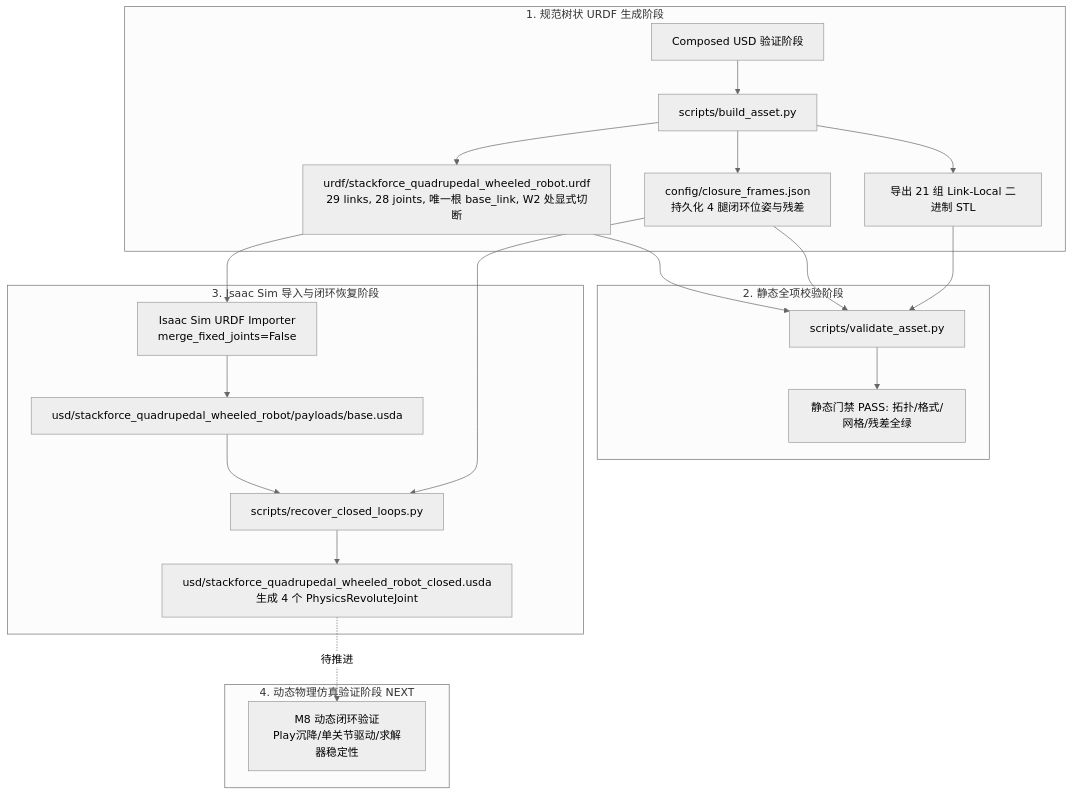
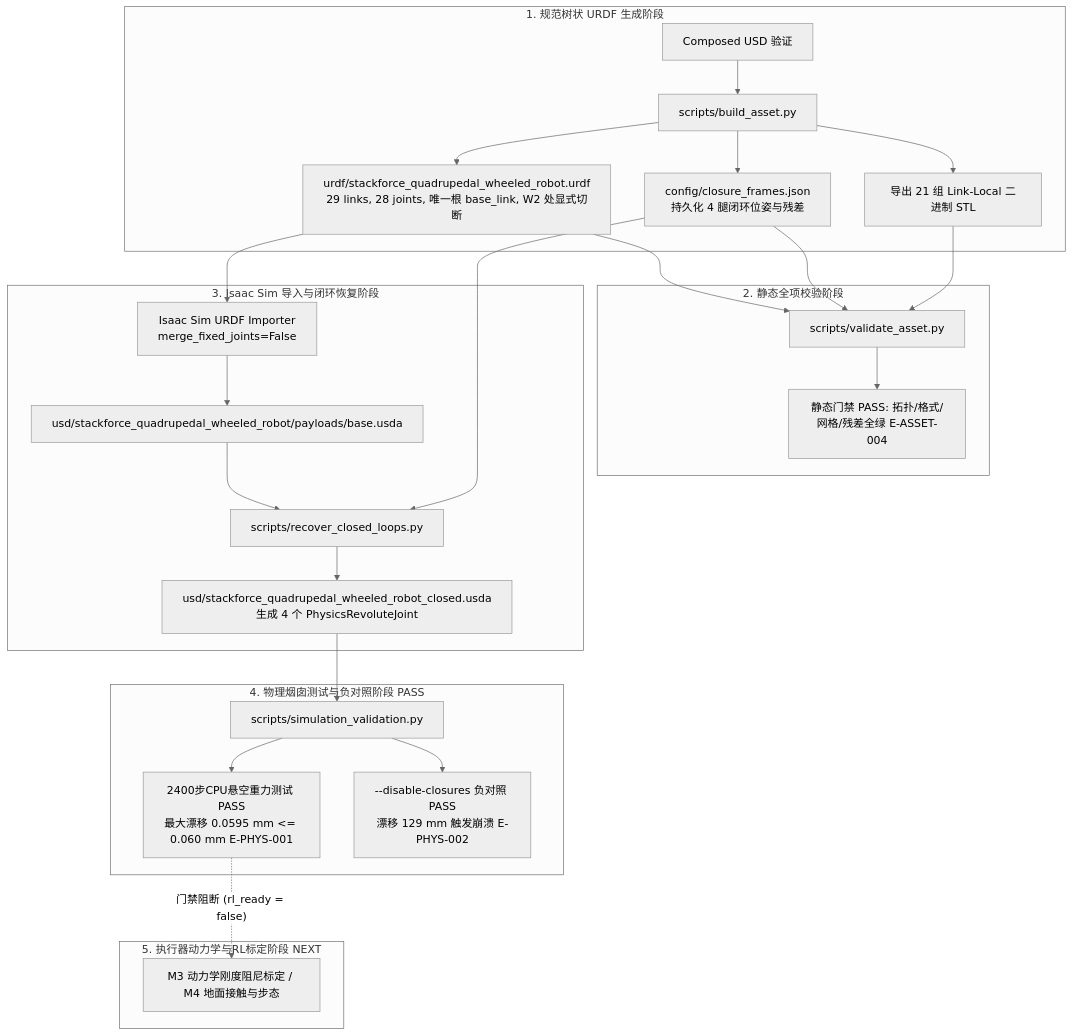
Before and after one commit to Kytolly/wiki-tutorial-Isaac: the diagram in page/stackforce/topic/闭环恢复架构与产物映射.md, drawn with Mermaid (neutral theme). The commit also changed other lines of this file and 15 other files, not shown here.

First line of the commit message:
refactor(wiki): establish evidence architecture and restore canonical M1-M6 roadmap

````diff
--- a/page/stackforce/topic/闭环恢复架构与产物映射.md
+++ b/page/stackforce/topic/闭环恢复架构与产物映射.md
@@ -17,28 +18,34 @@
 ```mermaid
 flowchart TD
     subgraph S1 [1. 规范树状 URDF 生成阶段]
-        Stage[Composed USD 验证阶段] --> Build[scripts/build_asset.py]
+        Stage[Composed USD 验证] --> Build[scripts/build_asset.py]
         Build --> STL[导出 21 组 Link-Local 二进制 STL]
         Build --> URDF[urdf/stackforce_quadrupedal_wheeled_robot.urdf<br>29 links, 28 joints, 唯一根 base_link, W2 处显式切断]
         Build --> JSON[config/closure_frames.json<br>持久化 4 腿闭环位姿与残差]
     end
 
     subgraph S2 [2. 静态全项校验阶段]
         URDF --> Val[scripts/validate_asset.py]
         JSON --> Val
         STL --> Val
-        Val --> PASS[静态门禁 PASS: 拓扑/格式/网格/残差全绿]
+        Val --> PASS1[静态门禁 PASS: 拓扑/格式/网格/残差全绿 E-ASSET-004]
     end
 
     subgraph S3 [3. Isaac Sim 导入与闭环恢复阶段]
         URDF --> Imp[Isaac Sim URDF Importer<br>merge_fixed_joints=False]
         Imp --> BaseUSD[usd/stackforce_quadrupedal_wheeled_robot/payloads/base.usda]
         BaseUSD --> Rec[scripts/recover_closed_loops.py]
         JSON --> Rec
         Rec --> ClosedUSD[usd/stackforce_quadrupedal_wheeled_robot_closed.usda<br>生成 4 个 PhysicsRevoluteJoint]
     end
 
-    subgraph S4 [4. 动态物理仿真验证阶段 NEXT]
-        ClosedUSD -. 待推进 .-> Dyn[M8 动态闭环验证<br>Play沉降/单关节驱动/求解器稳定性]
+    subgraph S4 [4. 物理烟囱测试与负对照阶段 PASS]
+        ClosedUSD --> SimVal[scripts/simulation_validation.py]
+        SimVal --> Rep1[2400步CPU悬空重力测试 PASS<br>最大漂移 0.0595 mm <= 0.060 mm E-PHYS-001]
+        SimVal --> Rep2[--disable-closures 负对照 PASS<br>漂移 129 mm 触发崩溃 E-PHYS-002]
+    end
+
+    subgraph S5 [5. 执行器动力学与RL标定阶段 NEXT]
+        Rep1 -. 门禁阻断 (rl_ready = false) .-> Act[M3 动力学刚度阻尼标定 / M4 地面接触与步态]
     end
 ```
````
